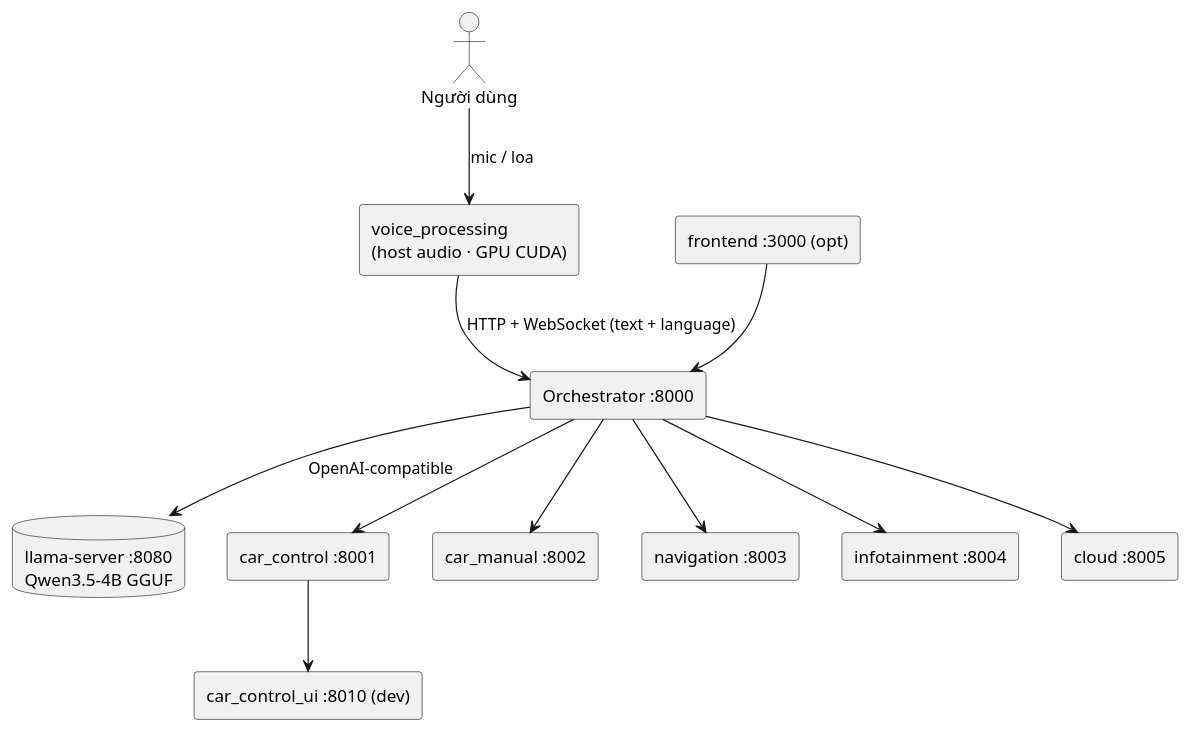
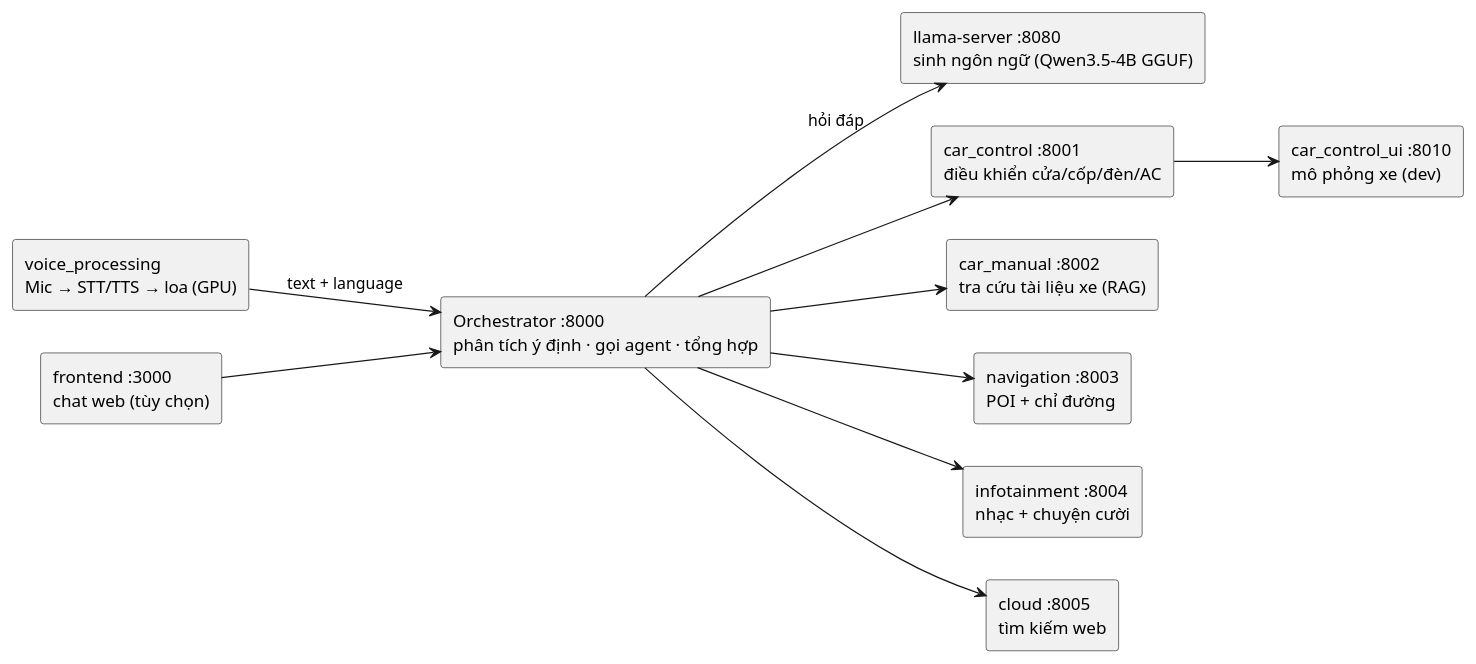
One commit to hminhphi/VoiceControl changed the second of 3 diagrams in docs/PIPELINE.md. Above: the diagram before and after it, drawn with PlantUML. The commit also changed other lines of this file and 4 other files, not shown here.

First line of the commit message:
docs(pipeline): simple block diagrams (task per block) + rendered PNGs

````diff
--- a/docs/PIPELINE.md
+++ b/docs/PIPELINE.md
@@ -98,25 +56,24 @@
 ```plantuml
-@startuml Deployment - services & ports
-actor "Người dùng" as U
-rectangle "voice_processing\n(host audio · GPU CUDA)" as VP
-rectangle "Orchestrator :8000" as ORCH
-database "llama-server :8080\nQwen3.5-4B GGUF" as LLM
-rectangle "car_control :8001" as CC
-rectangle "car_manual :8002" as CM
-rectangle "navigation :8003" as NAV
-rectangle "infotainment :8004" as INFO
-rectangle "cloud :8005" as CL
-rectangle "car_control_ui :8010 (dev)" as UI
-rectangle "frontend :3000 (opt)" as FE
-U --> VP : mic / loa
-VP --> ORCH : HTTP + WebSocket (text + language)
-ORCH --> LLM : OpenAI-compatible
+@startuml Services - block diagram
+left to right direction
+rectangle "voice_processing\nMic → STT/TTS → loa (GPU)" as VP
+rectangle "Orchestrator :8000\nphân tích ý định · gọi agent · tổng hợp" as ORCH
+rectangle "llama-server :8080\nsinh ngôn ngữ (Qwen3.5-4B GGUF)" as LLM
+rectangle "car_control :8001\nđiều khiển cửa/cốp/đèn/AC" as CC
+rectangle "car_manual :8002\ntra cứu tài liệu xe (RAG)" as CM
+rectangle "navigation :8003\nPOI + chỉ đường" as NAV
+rectangle "infotainment :8004\nnhạc + chuyện cười" as INFO
+rectangle "cloud :8005\ntìm kiếm web" as CL
+rectangle "car_control_ui :8010\nmô phỏng xe (dev)" as UI
+rectangle "frontend :3000\nchat web (tùy chọn)" as FE
+VP --> ORCH : text + language
+ORCH --> LLM : hỏi đáp
 ORCH --> CC
 ORCH --> CM
 ORCH --> NAV
 ORCH --> INFO
 ORCH --> CL
 CC --> UI
 FE --> ORCH
 @enduml
 ```
````
